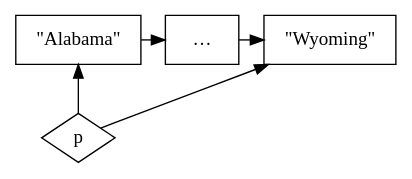
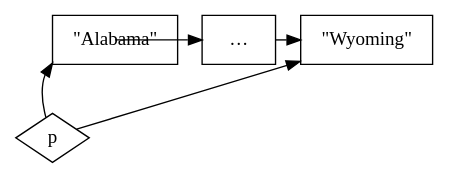
Before and after one commit to ronan-d/separation-logic-presentation: the diagram in list.dot, drawn with Graphviz.

Commit message:
Checkpoint

```diff
--- a/list.dot
+++ b/list.dot
@@ -1,21 +1,21 @@
 digraph List {
     rankdir = BT;
 
     p [shape = diamond, label = p, group = "first"]
 
     node [shape=box];
 
     subgraph cells {
         rank=same;
 
         c1 [label = "\"Alabama\"", group = "first"]
         c2 [label = "…"]
         c3 [label = "\"Wyoming\""]
 
-        c1 -> c2;
+        c1 -> c2 [tailclip = false];
         c2 -> c3;
     }
 
-    p -> c1 [weigth = 2];
+    p -> c1 [headport = sw];
     p -> c3;
 }
```
